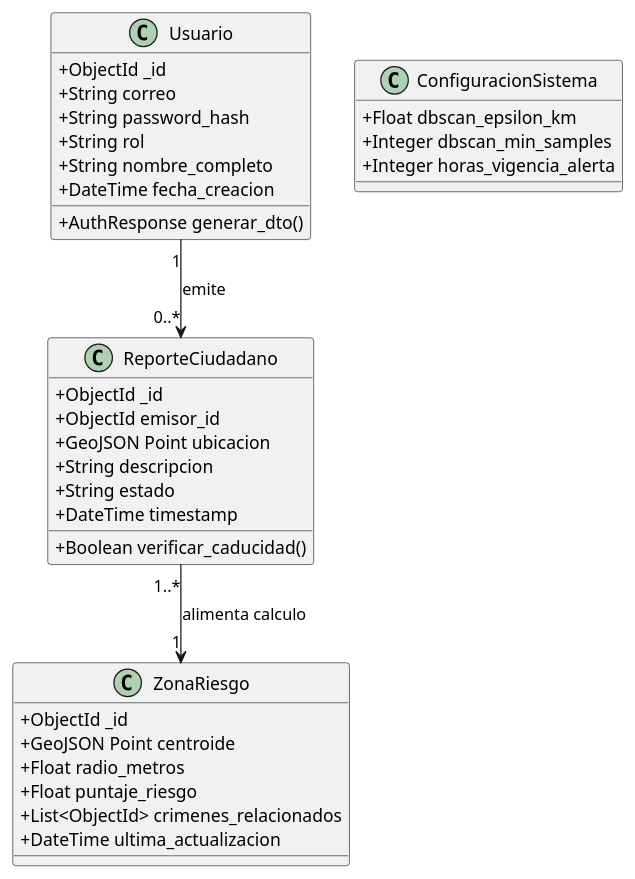
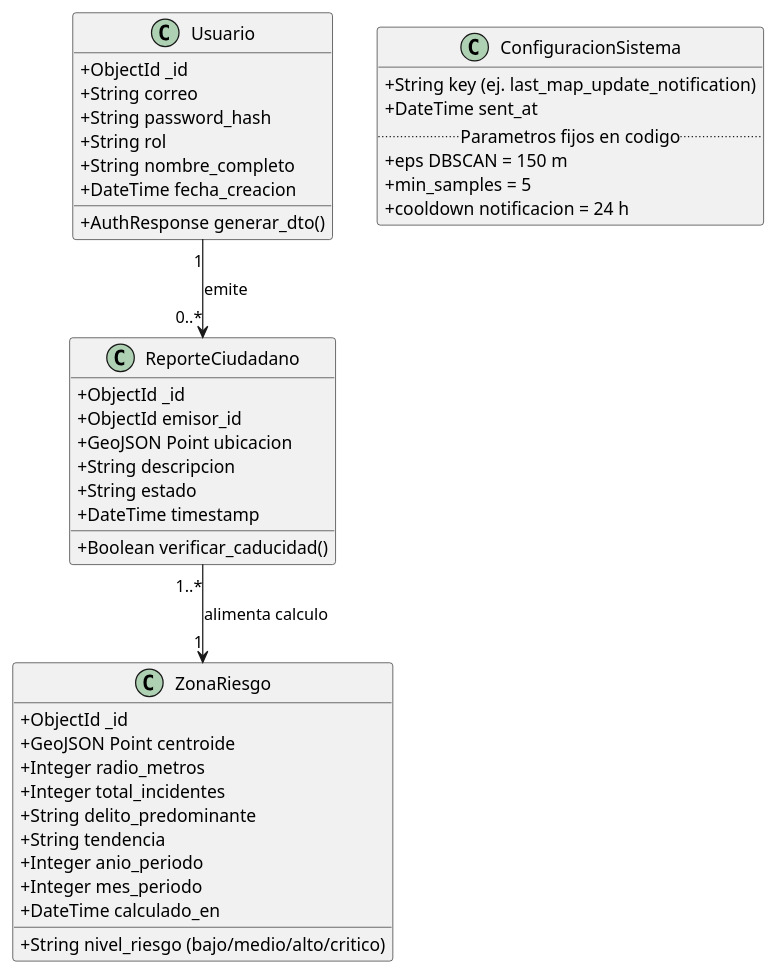
Before and after one commit to pieroalexanderppc/sgeo_pp: the seventh of 10 diagrams in docs/FD04-EPIS-Informe SAD de Proyecto.md, drawn with PlantUML. The commit also changed other lines of this file and 27 other files, not shown here.

````diff
--- a/docs/FD04-EPIS-Informe SAD de Proyecto.md
+++ b/docs/FD04-EPIS-Informe SAD de Proyecto.md
@@ -329,44 +362,51 @@
 ```plantuml
 @startuml
 skinparam shadowing false
 skinparam classAttributeIconSize 0
 
 class Usuario {
   + ObjectId _id
   + String correo
   + String password_hash
   + String rol
   + String nombre_completo
   + DateTime fecha_creacion
   + AuthResponse generar_dto()
 }
 
 class ReporteCiudadano {
   + ObjectId _id
   + ObjectId emisor_id
   + GeoJSON Point ubicacion
   + String descripcion
   + String estado
   + DateTime timestamp
   + Boolean verificar_caducidad()
 }
 
 class ZonaRiesgo {
   + ObjectId _id
   + GeoJSON Point centroide
-  + Float radio_metros
-  + Float puntaje_riesgo
-  + List<ObjectId> crimenes_relacionados
-  + DateTime ultima_actualizacion
+  + Integer radio_metros
+  + String nivel_riesgo (bajo/medio/alto/critico)
+  + Integer total_incidentes
+  + String delito_predominante
+  + String tendencia
+  + Integer anio_periodo
+  + Integer mes_periodo
+  + DateTime calculado_en
 }
 
 class ConfiguracionSistema {
-  + Float dbscan_epsilon_km
-  + Integer dbscan_min_samples
-  + Integer horas_vigencia_alerta
+  + String key (ej. last_map_update_notification)
+  + DateTime sent_at
+  .. Parametros fijos en codigo ..
+  + eps DBSCAN = 150 m
+  + min_samples = 5
+  + cooldown notificacion = 24 h
 }
 
 Usuario "1" --> "0..*" ReporteCiudadano : emite
 ReporteCiudadano "1..*" --> "1" ZonaRiesgo : alimenta calculo
 @enduml
 ```
````
